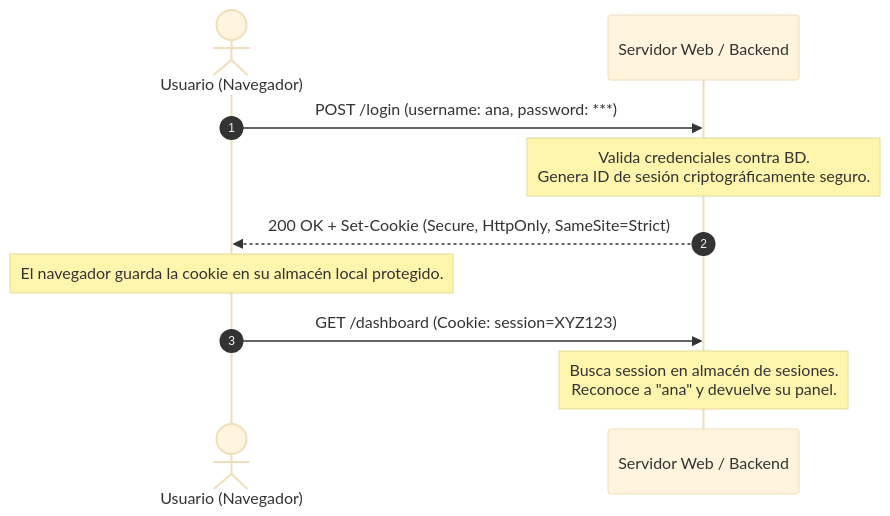
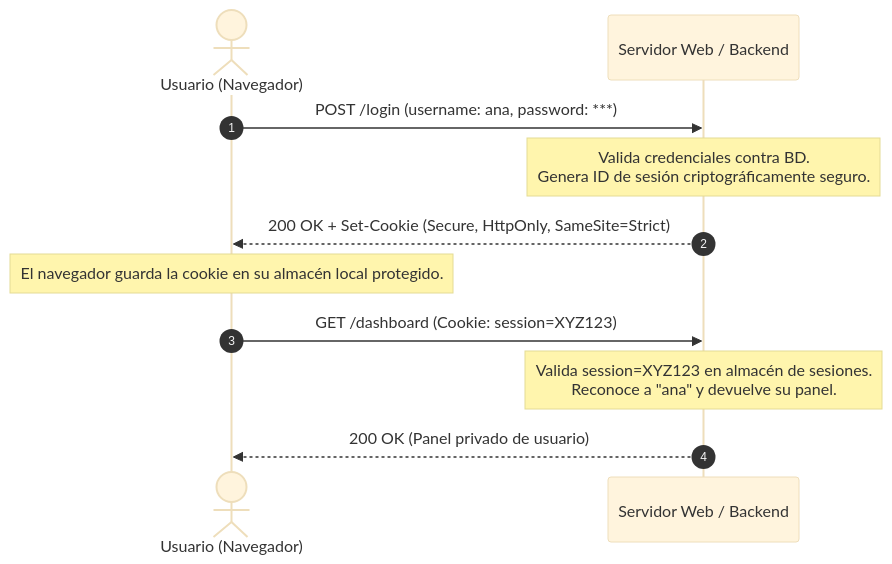
The third of 4 diagrams in pentesting-web/01-fundamentos-web-y-http/README.md (purpesec/Cybersecurity-For-Beginners), drawn with Mermaid (base theme) before and after one commit. The commit also changed other lines of this file, not shown here.

Commit message:
docs: enrich chapter 01 with comprehensive web architectures, frontend vectors, and CVSS

````diff
--- a/pentesting-web/01-fundamentos-web-y-http/README.md
+++ b/pentesting-web/01-fundamentos-web-y-http/README.md
@@ -342,12 +678,13 @@
 ```mermaid
 sequenceDiagram
     autonumber
     actor U as Usuario (Navegador)
     participant S as Servidor Web / Backend
     U->>S: POST /login (username: ana, password: ***)
     Note over S: Valida credenciales contra BD.<br/>Genera ID de sesión criptográficamente seguro.
     S-->>U: 200 OK + Set-Cookie (Secure, HttpOnly, SameSite=Strict)
     Note over U: El navegador guarda la cookie en su almacén local protegido.
     U->>S: GET /dashboard (Cookie: session=XYZ123)
-    Note over S: Busca session en almacén de sesiones.<br/>Reconoce a "ana" y devuelve su panel.
+    Note over S: Valida session=XYZ123 en almacén de sesiones.<br/>Reconoce a "ana" y devuelve su panel.
+    S-->>U: 200 OK (Panel privado de usuario)
 ```
````
